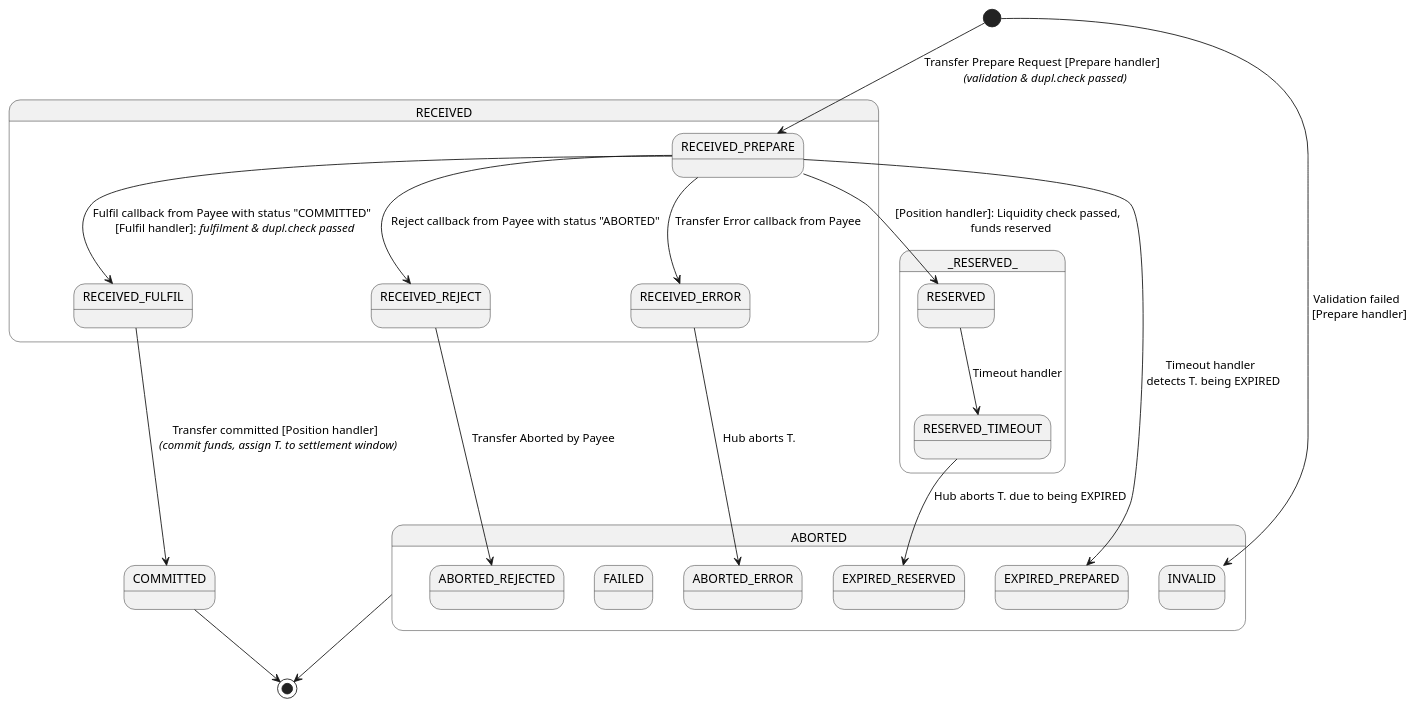
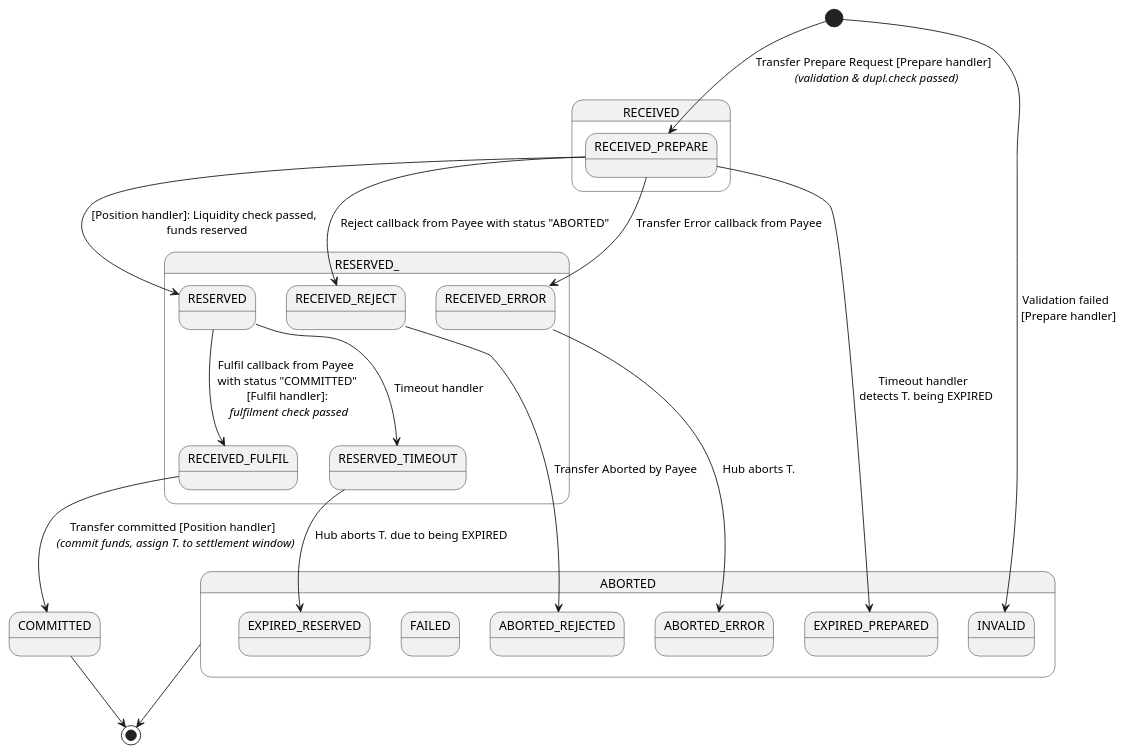
One commit to mojaloop/central-ledger changed the diagram in documentation/state-diagrams/transfer-internal-states.plantuml. Above: the diagram before and after it, drawn with PlantUML. The commit also changed 1 other file, not shown here.

Commit message:
feat(mojaloop/#3818): added transfer state diagrams

```diff
--- a/documentation/state-diagrams/transfer-internal-states.plantuml
+++ b/documentation/state-diagrams/transfer-internal-states.plantuml
@@ -1,57 +1,58 @@
 @startuml
 
 state RECEIVED {
   state RECEIVED_PREPARE {
   }
+}
+
+state RESERVED_ {
+  state RESERVED {
+  }
   state RECEIVED_FULFIL {
+  }
+  state RESERVED_TIMEOUT {
   }
   state RECEIVED_REJECT {
   }
   state RECEIVED_ERROR {
-  }
-}
-
-state _RESERVED_ {
-  state RESERVED_TIMEOUT {
-  }
-  state RESERVED {
   }
 }
 
 state COMMITTED {
 }
 
 state ABORTED {
   state ABORTED_ERROR {
   }
   state ABORTED_REJECTED {
   }
   state EXPIRED_PREPARED {
   }
   state EXPIRED_RESERVED {
   }
   state FAILED {
   }
   state INVALID {
   }
 }
 
 [*] --> RECEIVED_PREPARE : Transfer Prepare Request [Prepare handler] \n <i>(validation & dupl.check passed)</i>
 [*] --> INVALID : Validation failed \n [Prepare handler]
 RECEIVED_PREPARE --> RESERVED : [Position handler]: Liquidity check passed, \n funds reserved
-RECEIVED_PREPARE --> RECEIVED_FULFIL : Fulfil callback from Payee with status "COMMITTED" \n [Fulfil handler]: <i>fulfilment & dupl.check passed</i>
+RECEIVED_PREPARE --> RECEIVED_REJECT : Reject callback from Payee with status "ABORTED"
+RECEIVED_PREPARE --> RECEIVED_ERROR : Transfer Error callback from Payee
+
 RECEIVED_FULFIL --> COMMITTED : Transfer committed [Position handler] \n <i>(commit funds, assign T. to settlement window)</i>
 
-RECEIVED_PREPARE --> RECEIVED_REJECT : Reject callback from Payee with status "ABORTED"
-RECEIVED_PREPARE --> RECEIVED_ERROR : Transfer Error callback from Payee
 RECEIVED_REJECT --> ABORTED_REJECTED : Transfer Aborted by Payee
 RECEIVED_ERROR --> ABORTED_ERROR : Hub aborts T.
 RECEIVED_PREPARE --> EXPIRED_PREPARED : Timeout handler \n detects T. being EXPIRED
 
+RESERVED --> RECEIVED_FULFIL : Fulfil callback from Payee \n with status "COMMITTED" \n [Fulfil handler]: \n <i>fulfilment check passed</i>
 RESERVED --> RESERVED_TIMEOUT : Timeout handler
 RESERVED_TIMEOUT --> EXPIRED_RESERVED : Hub aborts T. due to being EXPIRED
 
 COMMITTED --> [*]
 ABORTED --> [*]
 
 @enduml
```
